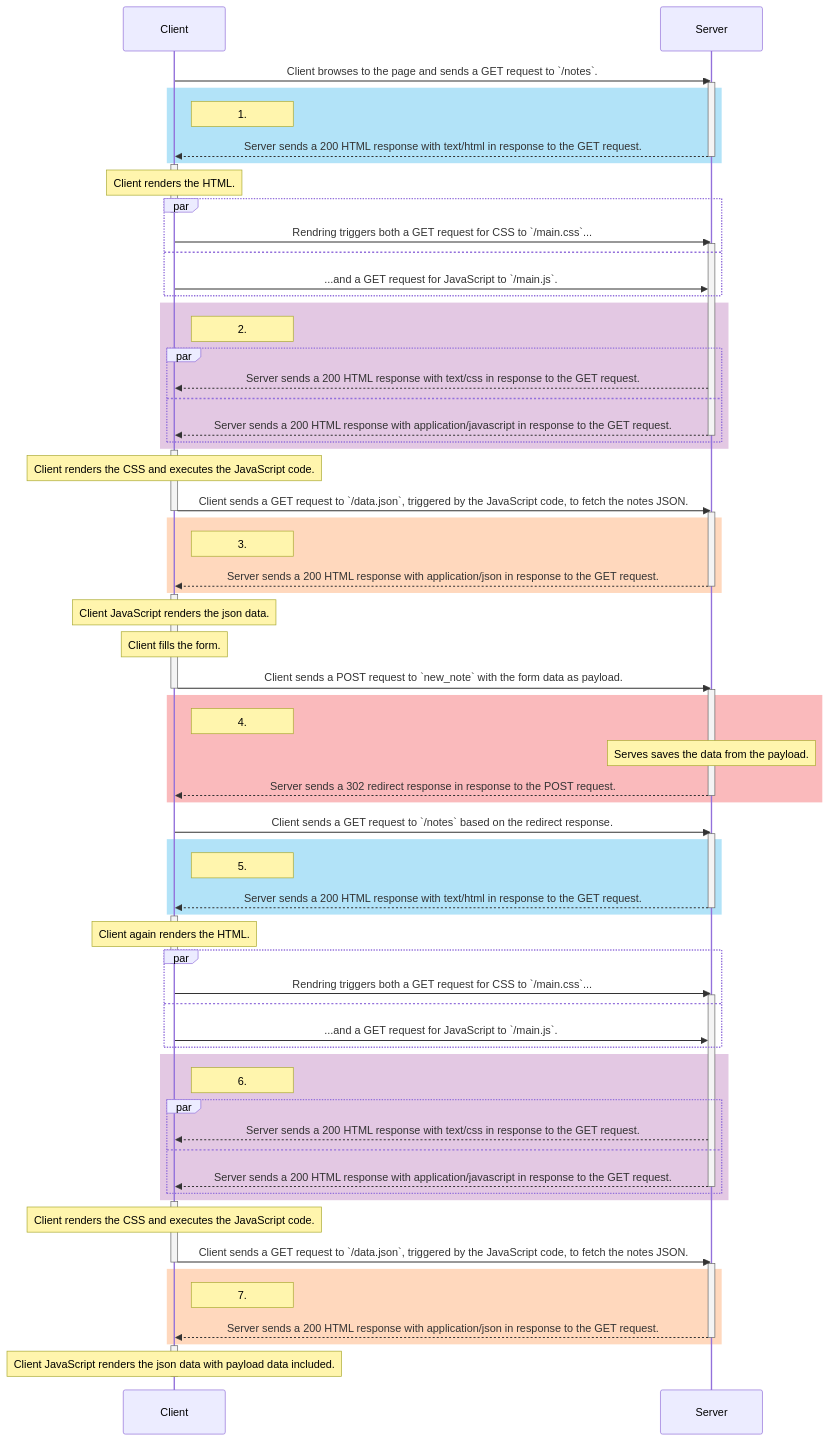
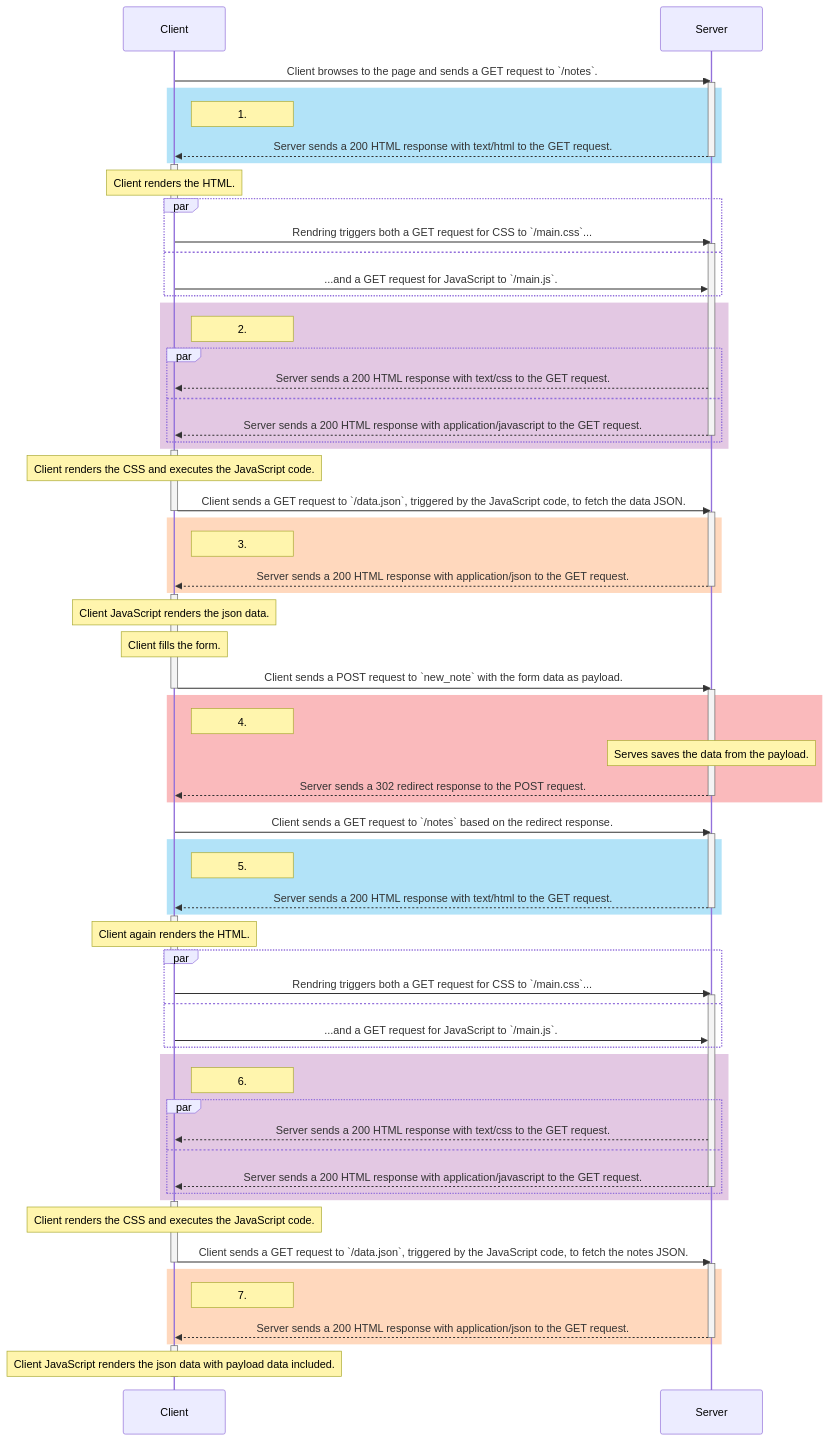
One commit to degenone/FSO-part0 changed the diagram in new_note_diagram.md. Above: the diagram before and after it, drawn with Mermaid. The commit also changed other lines of this file, not shown here.

Commit message:
update to 0.4

```diff
--- a/new_note_diagram.md
+++ b/new_note_diagram.md
@@ -14,7 +14,7 @@
     activate Server
     rect rgba(0, 162, 232, 0.3)
     note right of Client: 1.
-    Server-->>Client: Server sends a 200 HTML response with text/html in response to the GET request.
+    Server-->>Client: Server sends a 200 HTML response with text/html to the GET request.
     deactivate Server
     end
     activate Client
@@ -29,20 +29,20 @@
     rect rgba(163, 73, 164, 0.3)
     note right of Client: 2.
     par
-    Server-->>Client: Server sends a 200 HTML response with text/css in response to the GET request.
+    Server-->>Client: Server sends a 200 HTML response with text/css to the GET request.
     and
-    Server-->>Client: Server sends a 200 HTML response with application/javascript in response to the GET request.
+    Server-->>Client: Server sends a 200 HTML response with application/javascript to the GET request.
     deactivate Server
     end
     end
     activate Client
     note over Client: Client renders the CSS and executes the JavaScript code.
-    Client->>Server: Client sends a GET request to `/data.json`, triggered by the JavaScript code, to fetch the notes JSON.
+    Client->>Server: Client sends a GET request to `/data.json`, triggered by the JavaScript code, to fetch the data JSON.
     deactivate Client
     activate Server
     rect rgba(255, 127, 39, 0.3)
     note right of Client: 3.
-    Server-->>Client: Server sends a 200 HTML response with application/json in response to the GET request.
+    Server-->>Client: Server sends a 200 HTML response with application/json to the GET request.
     deactivate Server
     end
     activate Client
@@ -54,14 +54,14 @@
     rect rgba(237, 28, 36, 0.3)
     note right of Client: 4.
     note over Server: Serves saves the data from the payload.
-    Server-->>Client: Server sends a 302 redirect response in response to the POST request.
+    Server-->>Client: Server sends a 302 redirect response to the POST request.
     deactivate Server
     end
     Client->>Server: Client sends a GET request to `/notes` based on the redirect response.
     activate Server
     rect rgba(0, 162, 232, 0.3)
     note right of Client: 5.
-    Server-->>Client: Server sends a 200 HTML response with text/html in response to the GET request.
+    Server-->>Client: Server sends a 200 HTML response with text/html to the GET request.
     deactivate Server
     end
     activate Client
@@ -76,9 +76,9 @@
     rect rgba(163, 73, 164, 0.3)
     note right of Client: 6.
     par
-    Server-->>Client: Server sends a 200 HTML response with text/css in response to the GET request.
+    Server-->>Client: Server sends a 200 HTML response with text/css to the GET request.
     and
-    Server-->>Client: Server sends a 200 HTML response with application/javascript in response to the GET request.
+    Server-->>Client: Server sends a 200 HTML response with application/javascript to the GET request.
     deactivate Server
     end
     end
@@ -89,7 +89,7 @@
     activate Server
     rect rgba(255, 127, 39, 0.3)
     note right of Client: 7.
-    Server-->>Client: Server sends a 200 HTML response with application/json in response to the GET request.
+    Server-->>Client: Server sends a 200 HTML response with application/json to the GET request.
     deactivate Server
     end
     activate Client
```
